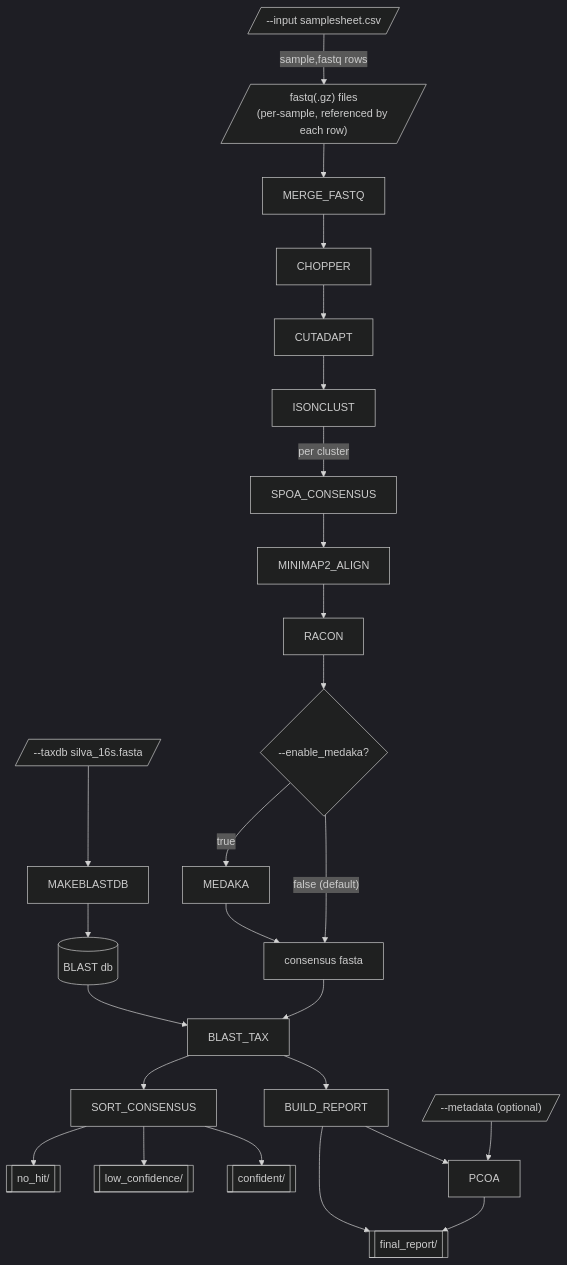
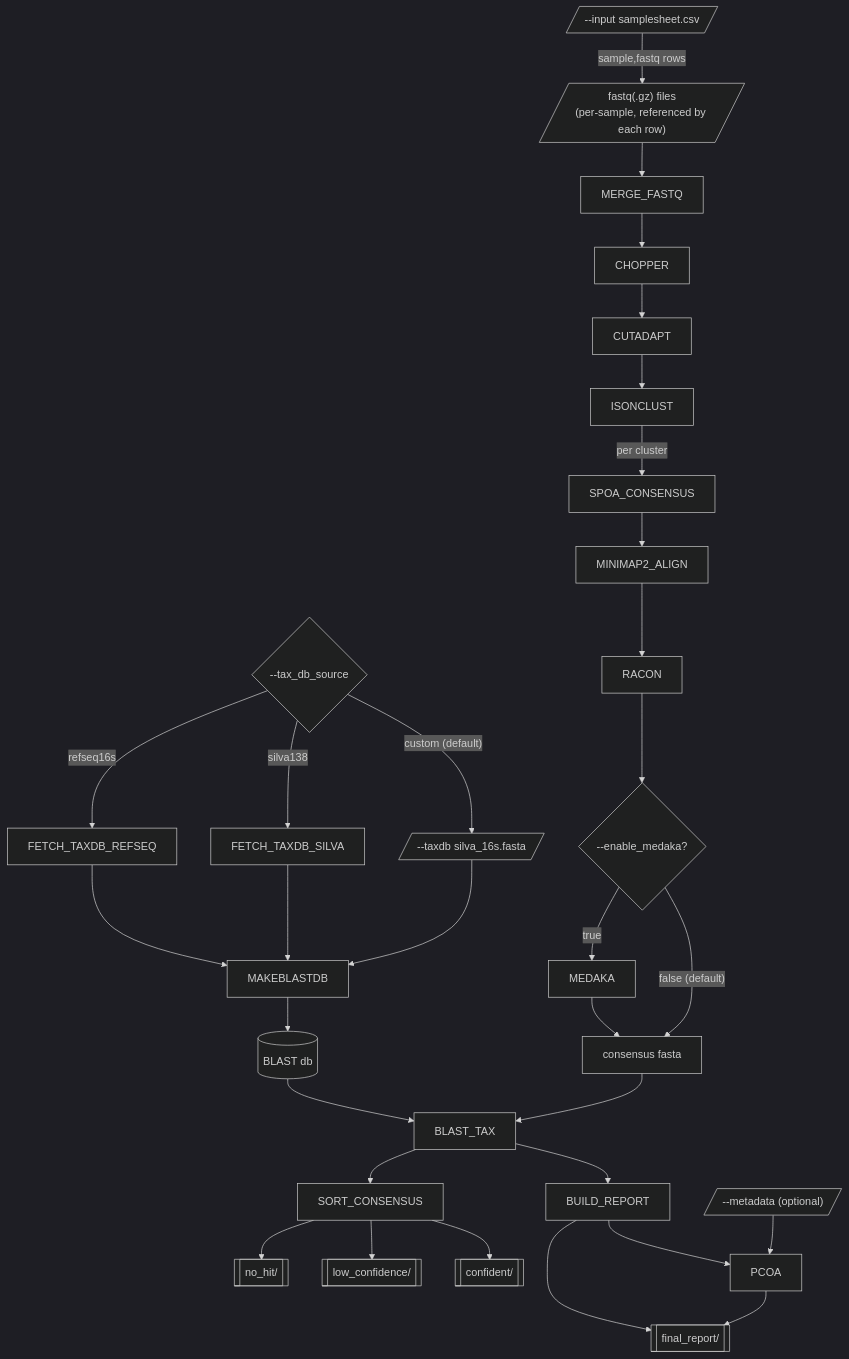
The diagram in README.md (ehill-iolani/16S-nf), drawn with Mermaid (dark theme) before and after one commit. The commit also changed other lines of this file and 6 other files, not shown here.

````diff
--- a/README.md
+++ b/README.md
@@ -85,28 +109,34 @@
 ```mermaid
 flowchart TD
-    taxdb[/"--taxdb silva_16s.fasta"/] --> MAKEBLASTDB
+    tax_db_source{"--tax_db_source"}
+    tax_db_source -->|"custom (default)"| taxdb[/"--taxdb silva_16s.fasta"/]
+    tax_db_source -->|"silva138"| FETCH_TAXDB_SILVA
+    tax_db_source -->|"refseq16s"| FETCH_TAXDB_REFSEQ
+    taxdb --> MAKEBLASTDB
+    FETCH_TAXDB_SILVA --> MAKEBLASTDB
+    FETCH_TAXDB_REFSEQ --> MAKEBLASTDB
     MAKEBLASTDB --> blastdb[("BLAST db")]
 
     reads[/"--input samplesheet.csv"/] -->|"sample,fastq rows"| fastqs[/"fastq(.gz) files\n(per-sample, referenced by each row)"/]
     fastqs --> MERGE_FASTQ --> CHOPPER --> CUTADAPT --> ISONCLUST
     ISONCLUST -->|"per cluster"| SPOA_CONSENSUS --> MINIMAP2_ALIGN --> RACON
 
     RACON --> medaka_check{"--enable_medaka?"}
     medaka_check -->|"false (default)"| consensus["consensus fasta"]
     medaka_check -->|"true"| MEDAKA --> consensus
 
     consensus --> BLAST_TAX
     blastdb --> BLAST_TAX
 
     BLAST_TAX --> BUILD_REPORT
     BLAST_TAX --> SORT_CONSENSUS
 
     metadata[/"--metadata (optional)"/] --> PCOA
     BUILD_REPORT --> PCOA
 
     BUILD_REPORT --> report[["final_report/"]]
     PCOA --> report
     SORT_CONSENSUS --> confident[["confident/"]]
     SORT_CONSENSUS --> lowconf[["low_confidence/"]]
     SORT_CONSENSUS --> nohit[["no_hit/"]]
 ```
````
